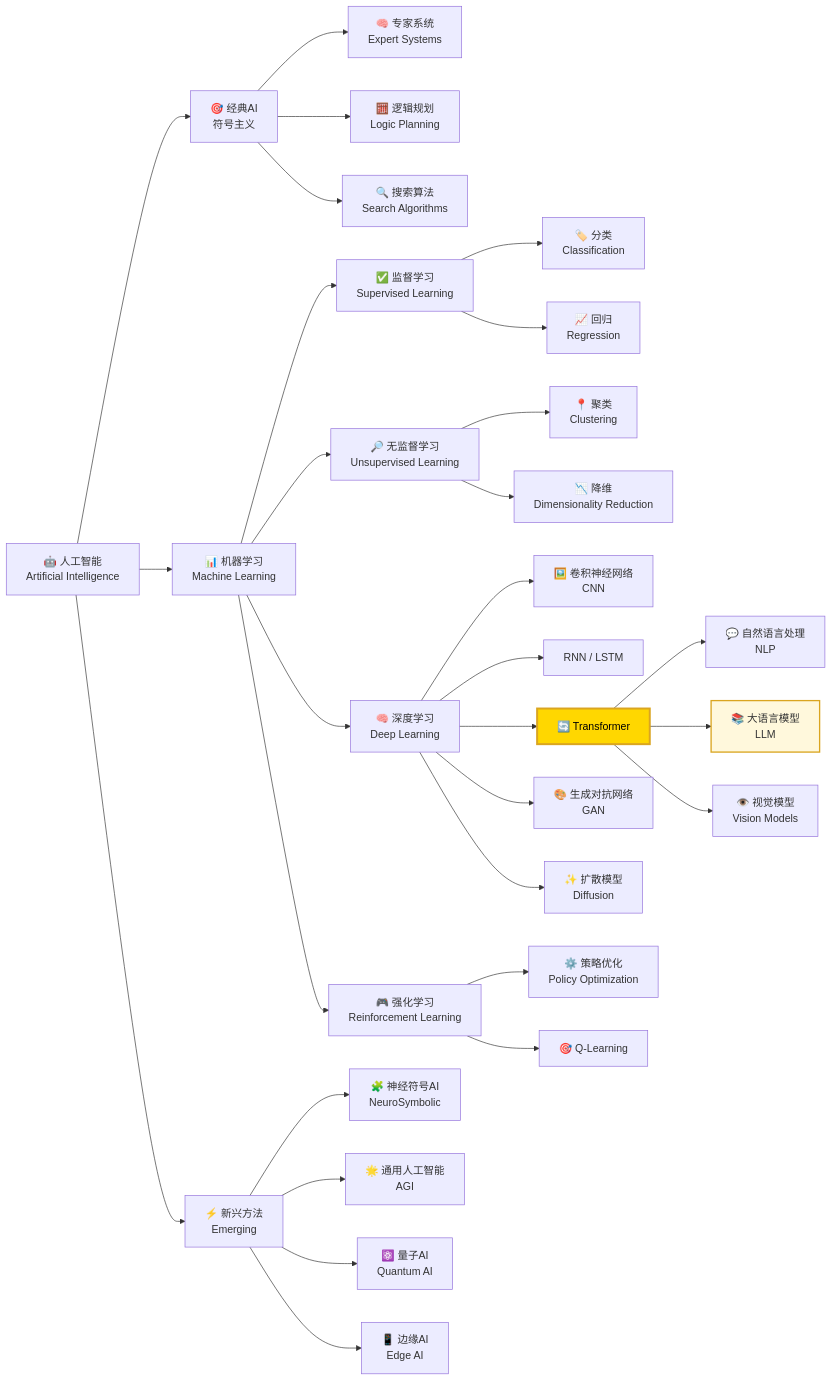
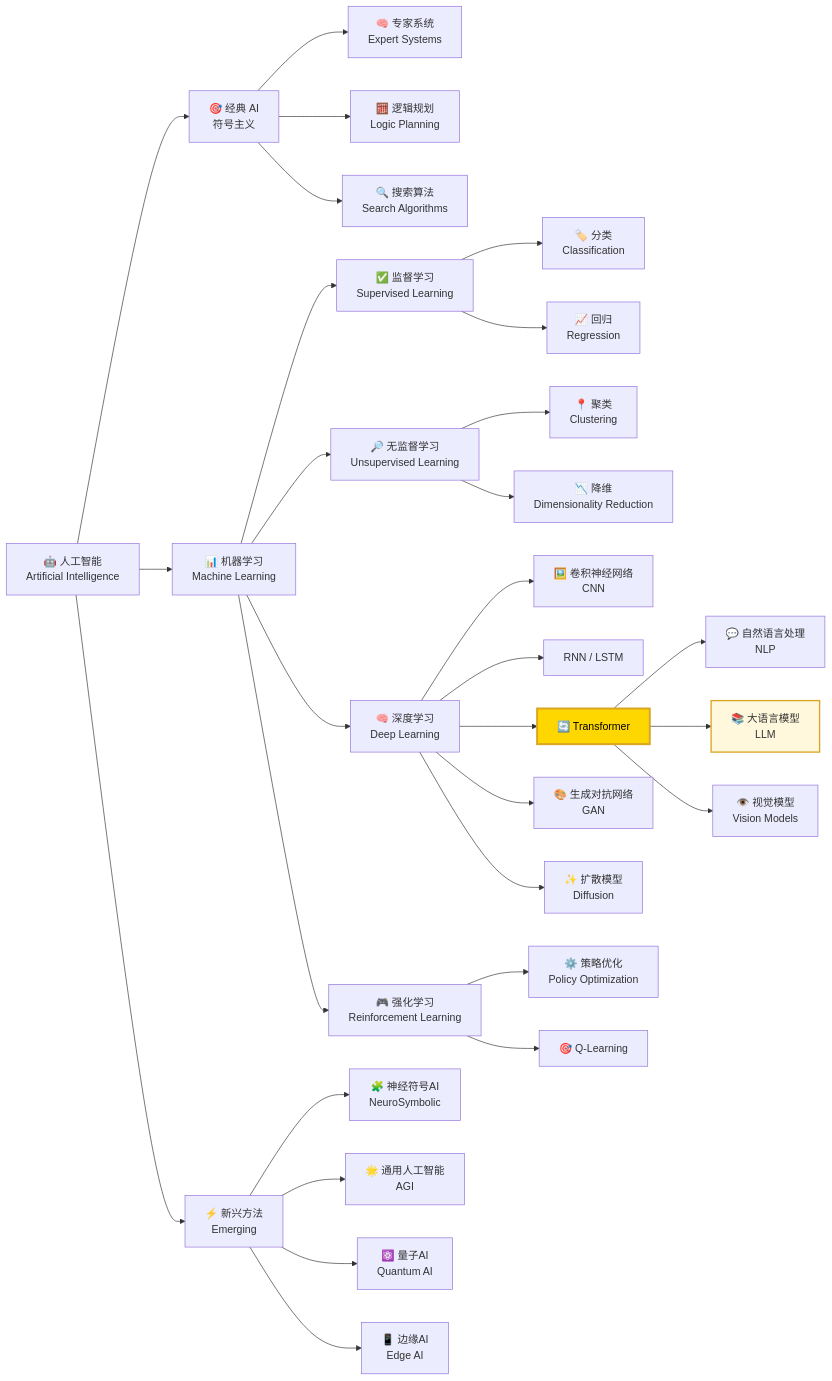
One commit to techunder/posts changed the first of 5 diagrams in content/docs/ai-agent/1-llm.md. Above: the diagram before and after it, drawn with Mermaid. The commit also changed other lines of this file and 2 other files, not shown here.

````diff
--- a/content/docs/ai-agent/1-llm.md
+++ b/content/docs/ai-agent/1-llm.md
@@ -23,45 +23,45 @@
 ```mermaid
 graph LR
     AI[🤖 人工智能<br>Artificial Intelligence]
 
-    AI --> Classical[🎯 经典AI<br>符号主义]
+    AI --> Classical[🎯 经典 AI<br>符号主义]
     AI --> ML[📊 机器学习<br>Machine Learning]
     AI --> Emerging[⚡ 新兴方法<br>Emerging]
 
     Classical --> ExpertSystems[🧠 专家系统<br>Expert Systems]
     Classical --> Logic[🧮 逻辑规划<br>Logic Planning]
     Classical --> Search[🔍 搜索算法<br>Search Algorithms]
 
     ML --> Supervised[✅ 监督学习<br>Supervised Learning]
     ML --> Unsupervised[🔎 无监督学习<br>Unsupervised Learning]
     ML --> RL[🎮 强化学习<br>Reinforcement Learning]
     ML --> DL[🧠 深度学习<br>Deep Learning]
 
     Supervised --> Classification[🏷️ 分类<br>Classification]
     Supervised --> Regression[📈 回归<br>Regression]
 
     Unsupervised --> Clustering[📍 聚类<br>Clustering]
     Unsupervised --> DimReduce[📉 降维<br>Dimensionality Reduction]
 
     DL --> CNN[🖼️ 卷积神经网络<br>CNN]
     DL --> RNN[ RNN / LSTM]
     DL --> Transformer[🔄 Transformer]
     DL --> GAN[🎨 生成对抗网络<br>GAN]
     DL --> Diffusion[✨ 扩散模型<br>Diffusion]
 
     Transformer --> NLP[💬 自然语言处理<br>NLP]
     Transformer --> LLM[📚 大语言模型<br>LLM]
     Transformer --> Vision[👁️ 视觉模型<br>Vision Models]
 
     RL --> PolicyOpt[⚙️ 策略优化<br>Policy Optimization]
     RL --> Q-Learning[🎯 Q-Learning]
 
     Emerging --> NeuroSymbolic[🧩 神经符号AI<br>NeuroSymbolic]
     Emerging --> AGI[🌟 通用人工智能<br>AGI]
     Emerging --> Quantum[⚛️ 量子AI<br>Quantum AI]
     Emerging --> EdgeAI[📱 边缘AI<br>Edge AI]
 
     %% 高亮 Transformer
     style Transformer fill:#FFD700,stroke:#DAA520,stroke-width:3px,color:#000
     style LLM fill:#FFF8DC,stroke:#DAA520,stroke-width:2px
 ```
````
